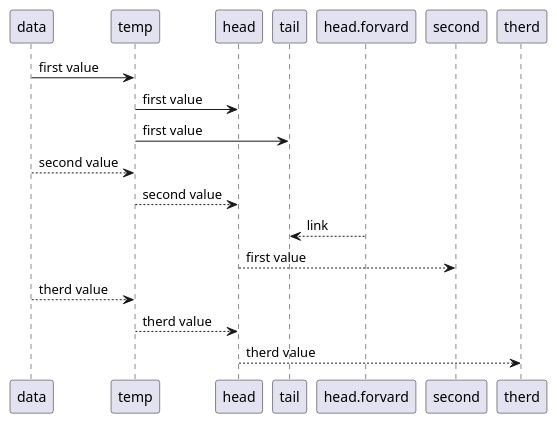
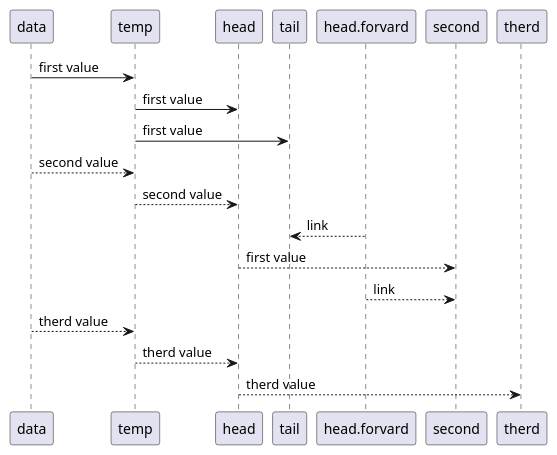
One commit to esoe/practice changed the diagram in lab03/src/main/doc/uml/expandedList/sequence.puml. Above: the diagram before and after it, drawn with PlantUML.

```diff
--- a/lab03/src/main/doc/uml/expandedList/sequence.puml
+++ b/lab03/src/main/doc/uml/expandedList/sequence.puml
@@ -1,13 +1,15 @@
 @startuml sequence
 data -> temp : first value
 temp -> head : first value
 temp -> tail : first value
 data --> temp : second value
 temp --> head : second value
 head.forvard --> tail : link
 head --> second : first value
+head.forvard --> second : link
+
 data --> temp : therd value
 temp --> head : therd value
 head --> therd : therd value
 
 @enduml
```
